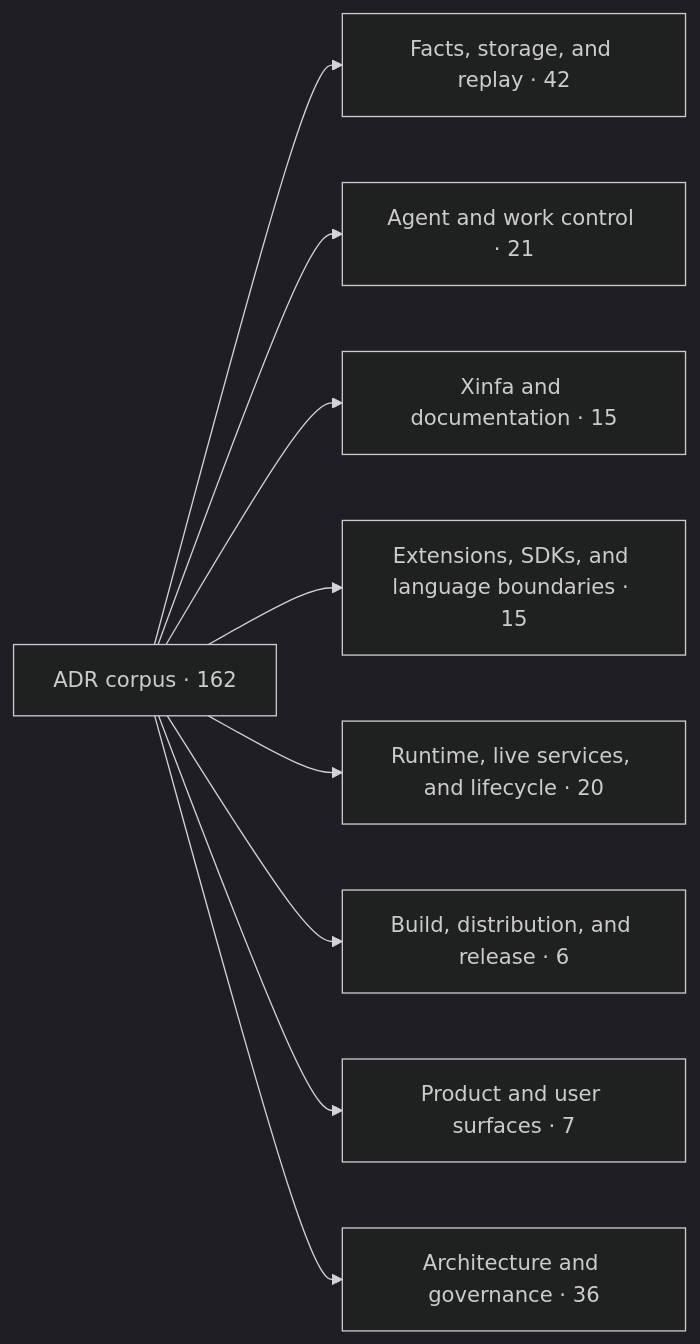
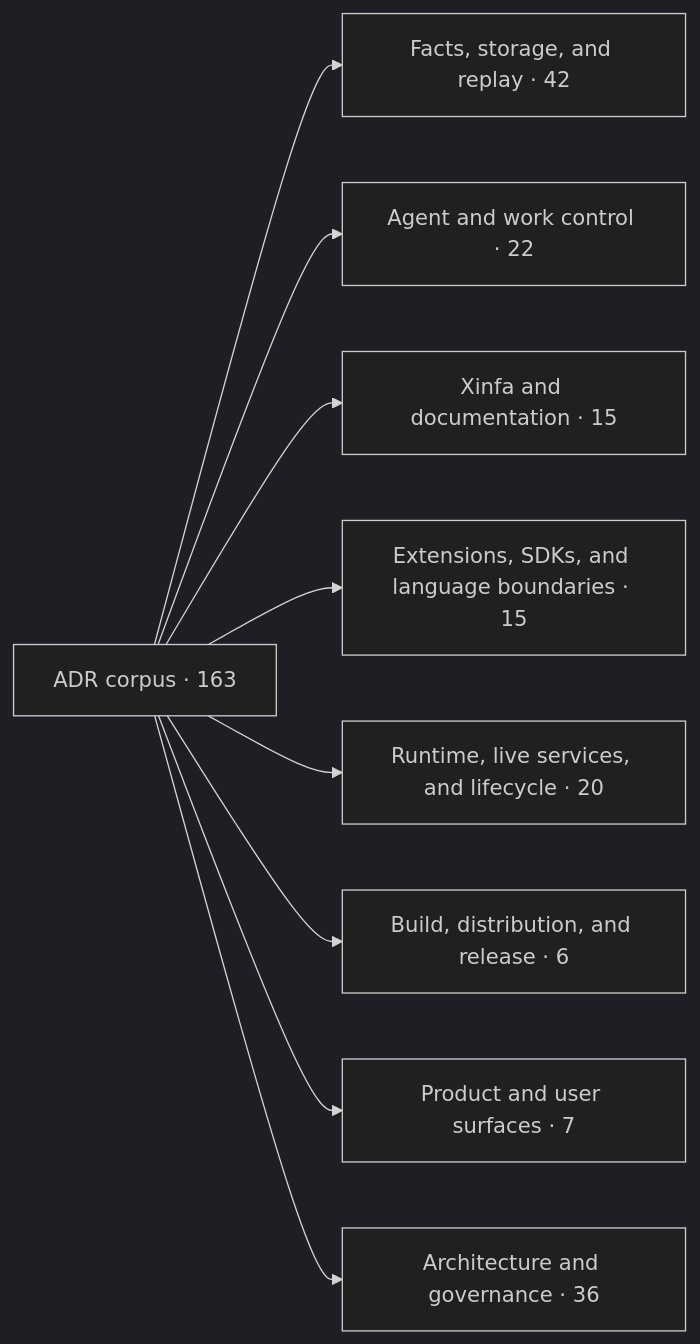
The first of 2 diagrams in docs/architecture/adr-map.md (PterX/kungfu), drawn with Mermaid (dark theme) before and after one commit. The commit also changed other lines of this file and 129 other files, not shown here.

Commit message:
feat(product): unify project work agent surfaces

````diff
--- a/docs/architecture/adr-map.md
+++ b/docs/architecture/adr-map.md
@@ -20,12 +20,12 @@
 ```mermaid
 flowchart LR
-  root["ADR corpus · 162"]
+  root["ADR corpus · 163"]
   root --> d0["Facts, storage, and replay · 42"]
-  root --> d1["Agent and work control · 21"]
+  root --> d1["Agent and work control · 22"]
   root --> d2["Xinfa and documentation · 15"]
   root --> d3["Extensions, SDKs, and language boundaries · 15"]
   root --> d4["Runtime, live services, and lifecycle · 20"]
   root --> d5["Build, distribution, and release · 6"]
   root --> d6["Product and user surfaces · 7"]
   root --> d7["Architecture and governance · 36"]
 ```
````
